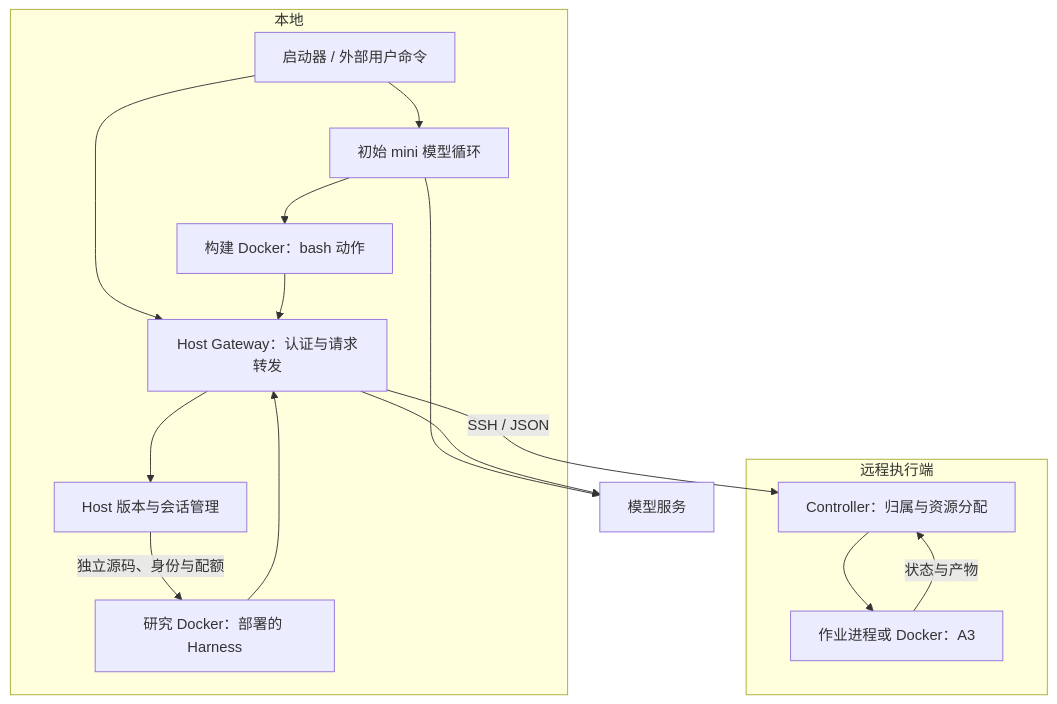
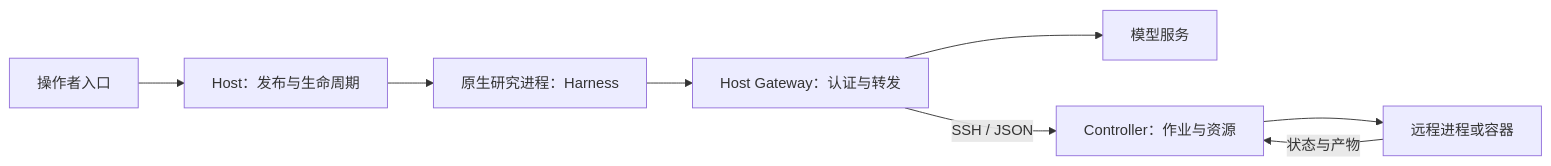
The diagram in docs/architecture.md (dove667/a3-autoresearch-agent), drawn with Mermaid before and after one commit. The commit also changed other lines of this file and 196 other files, not shown here.

````diff
--- a/docs/architecture.md
+++ b/docs/architecture.md
@@ -26,27 +17,10 @@
 ```mermaid
-flowchart TB
-    subgraph Local[本地]
-        CLI[启动器 / 外部用户命令]
-        Mini[初始 mini 模型循环]
-        Build[构建 Docker：bash 动作]
-        Agent[研究 Docker：部署的 Harness]
-        Gateway[Host Gateway：认证与请求转发]
-        Versions[Host 版本与会话管理]
-        CLI --> Mini --> Build
-        CLI --> Gateway
-        Build --> Gateway
-        Agent --> Gateway
-        Gateway --> Versions
-        Versions -->|独立源码、身份与配额| Agent
-    end
-    Provider[模型服务]
-    Mini --> Provider
-    Gateway --> Provider
-    subgraph Remote[远程执行端]
-        Controller[Controller：归属与资源分配]
-        Job[作业进程或 Docker：A3]
-        Controller --> Job
-    end
-    Gateway -->|SSH / JSON| Controller
+flowchart LR
+    CLI[操作者入口] --> Host[Host：发布与生命周期]
+    Host --> Agent[原生研究进程：Harness]
+    Agent --> Gateway[Host Gateway：认证与转发]
+    Gateway --> Model[模型服务]
+    Gateway -->|SSH / JSON| Controller[Controller：作业与资源]
+    Controller --> Job[远程进程或容器]
     Job -->|状态与产物| Controller
 ```
````
